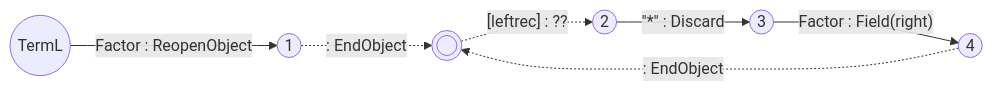
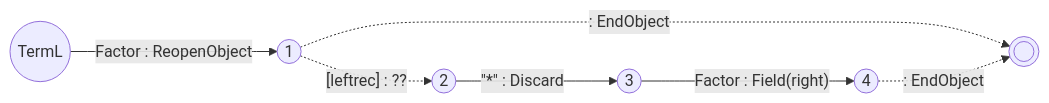
Before and after one commit to vczh-websites/vczh: the seventh of 11 diagrams in Blog/GLR-Refactoring/Mermaid.md, drawn with Mermaid. The commit also changed other lines of this file, not shown here.

````diff
--- a/Blog/GLR-Refactoring/Mermaid.md
+++ b/Blog/GLR-Refactoring/Mermaid.md
@@ -82,9 +82,9 @@
 ```mermaid
 graph LR
   S((TermL))-- Factor : ReopenObject --> 1
   1((1))-. : EndObject .->E((( )))
   2((2))-- #quot;*#quot; : Discard -->3
   3((3))-- Factor : Field(right) --> 4
   4((4))-. : EndObject .->E
-  E-. [leftrec] : ?? .->2
+  1-. [leftrec] : ?? .->2
 ```
````
